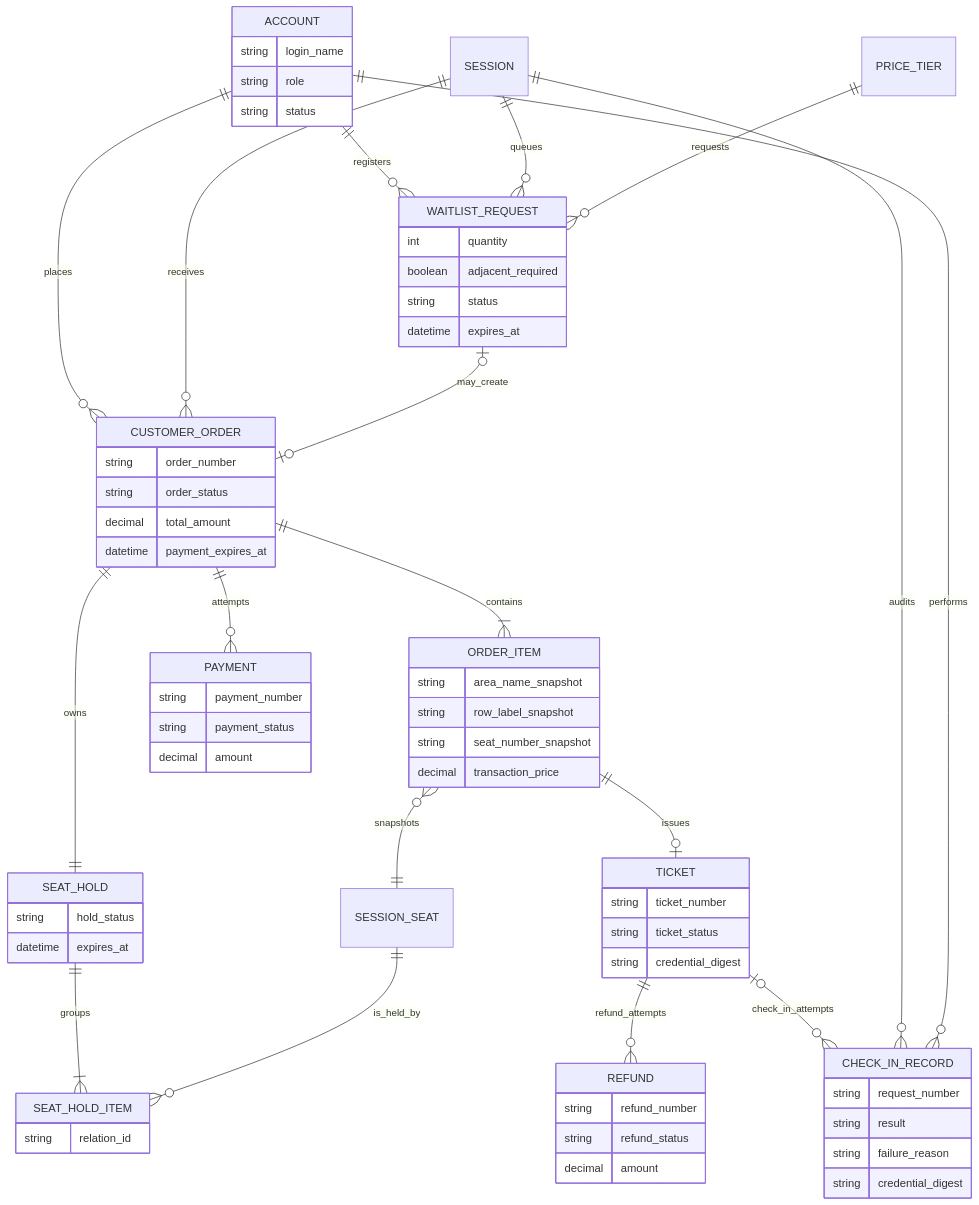
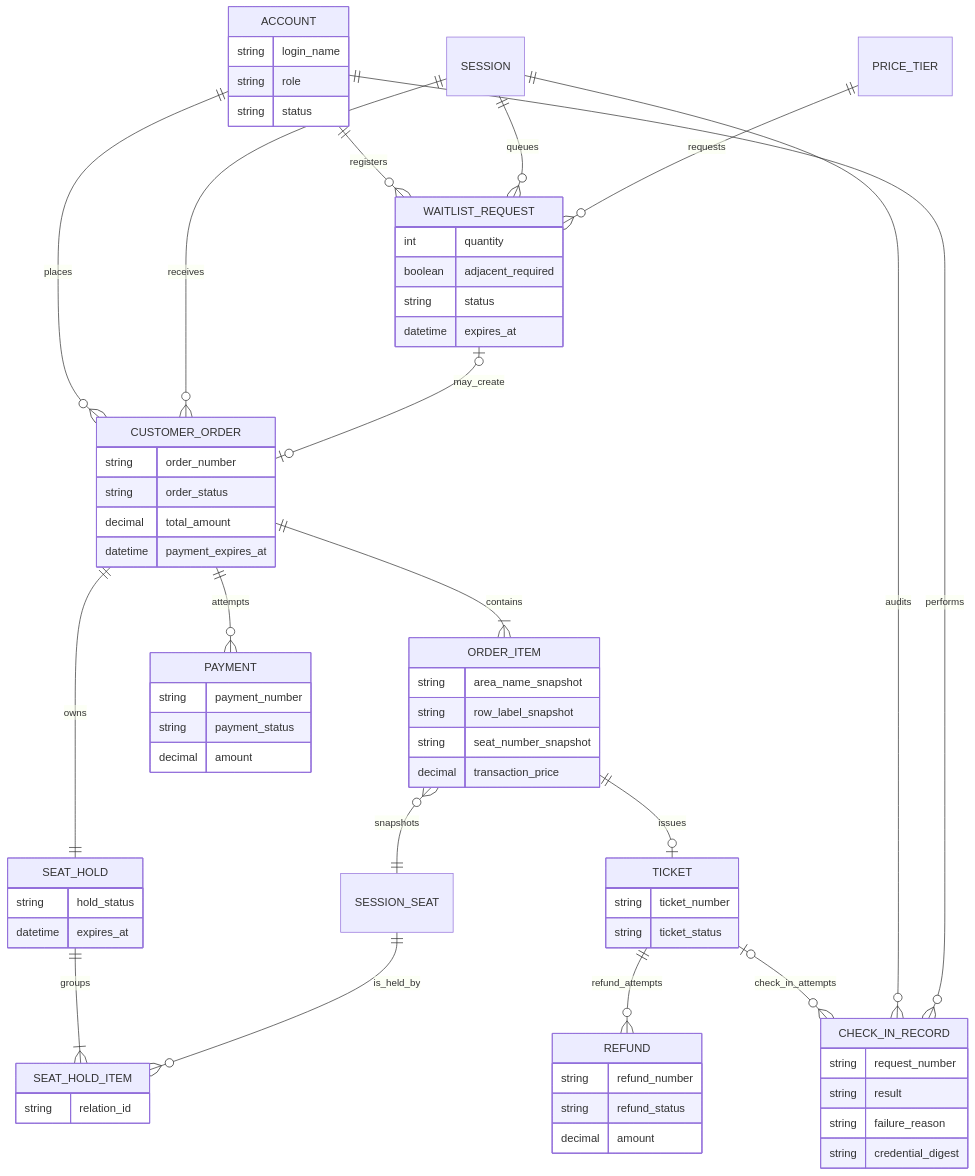
One commit to lzffzl13/ticketing changed the second of 2 diagrams in docs/domain/domain-model.md. Above: the diagram before and after it, drawn with Mermaid. The commit also changed other lines of this file and 34 other files, not shown here.

````diff
--- a/docs/domain/domain-model.md
+++ b/docs/domain/domain-model.md
@@ -99,78 +101,77 @@
 ```mermaid
 erDiagram
     ACCOUNT ||--o{ CUSTOMER_ORDER : places
     ACCOUNT ||--o{ WAITLIST_REQUEST : registers
 
     SESSION ||--o{ CUSTOMER_ORDER : receives
     SESSION ||--o{ WAITLIST_REQUEST : queues
     PRICE_TIER ||--o{ WAITLIST_REQUEST : requests
 
     WAITLIST_REQUEST o|--o| CUSTOMER_ORDER : may_create
 
     CUSTOMER_ORDER ||--|{ ORDER_ITEM : contains
     CUSTOMER_ORDER ||--o{ PAYMENT : attempts
     CUSTOMER_ORDER ||--|| SEAT_HOLD : owns
 
     SEAT_HOLD ||--|{ SEAT_HOLD_ITEM : groups
     SESSION_SEAT ||--o{ SEAT_HOLD_ITEM : is_held_by
 
     ORDER_ITEM }o--|| SESSION_SEAT : snapshots
     ORDER_ITEM ||--o| TICKET : issues
 
     TICKET ||--o{ REFUND : refund_attempts
     TICKET o|--o{ CHECK_IN_RECORD : check_in_attempts
     SESSION ||--o{ CHECK_IN_RECORD : audits
     ACCOUNT ||--o{ CHECK_IN_RECORD : performs
 
     ACCOUNT {
         string login_name
         string role
         string status
     }
     WAITLIST_REQUEST {
         int quantity
         boolean adjacent_required
         string status
         datetime expires_at
     }
     CUSTOMER_ORDER {
         string order_number
         string order_status
         decimal total_amount
         datetime payment_expires_at
     }
     ORDER_ITEM {
         string area_name_snapshot
         string row_label_snapshot
         string seat_number_snapshot
         decimal transaction_price
     }
     SEAT_HOLD {
         string hold_status
         datetime expires_at
     }
     SEAT_HOLD_ITEM {
         string relation_id
     }
     PAYMENT {
         string payment_number
         string payment_status
         decimal amount
     }
     TICKET {
         string ticket_number
         string ticket_status
-        string credential_digest
     }
     REFUND {
         string refund_number
         string refund_status
         decimal amount
     }
     CHECK_IN_RECORD {
         string request_number
         string result
         string failure_reason
         string credential_digest
     }
 ```
````
